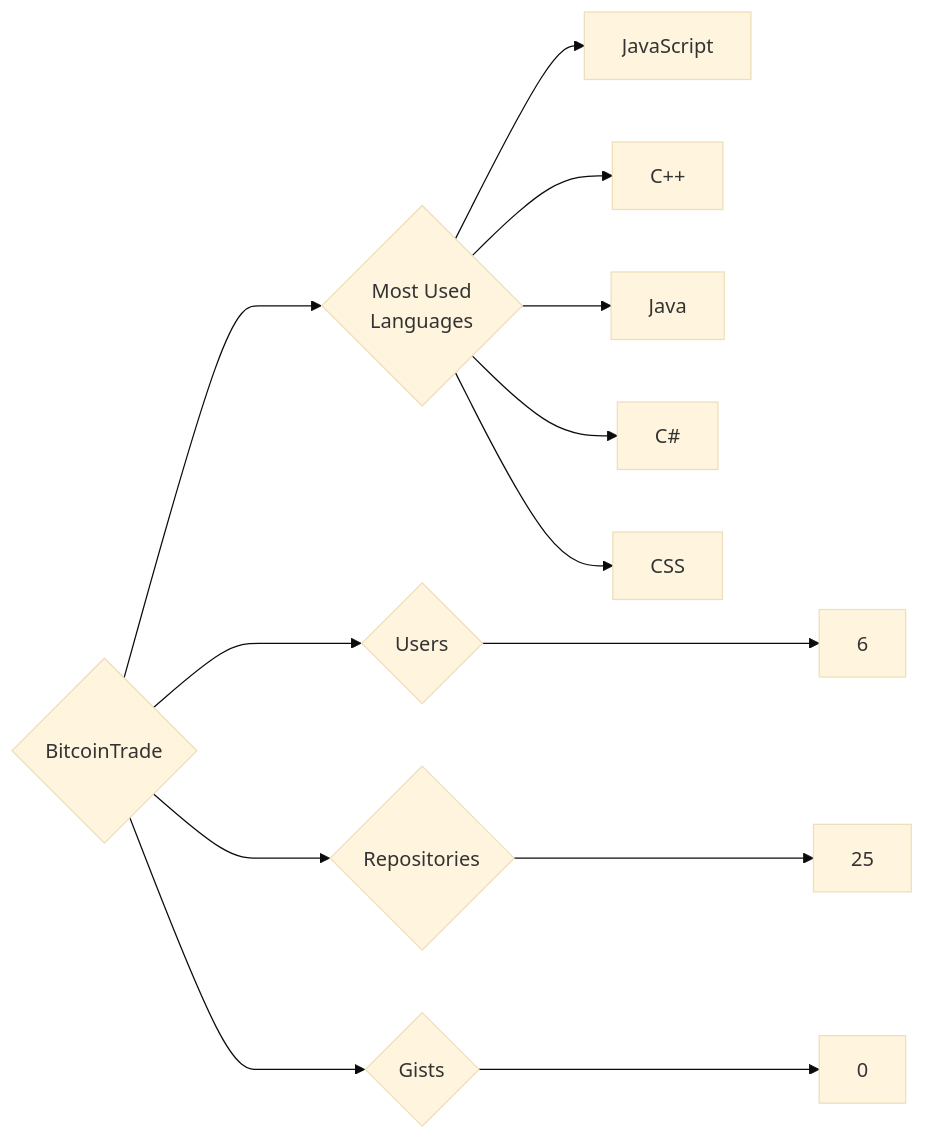
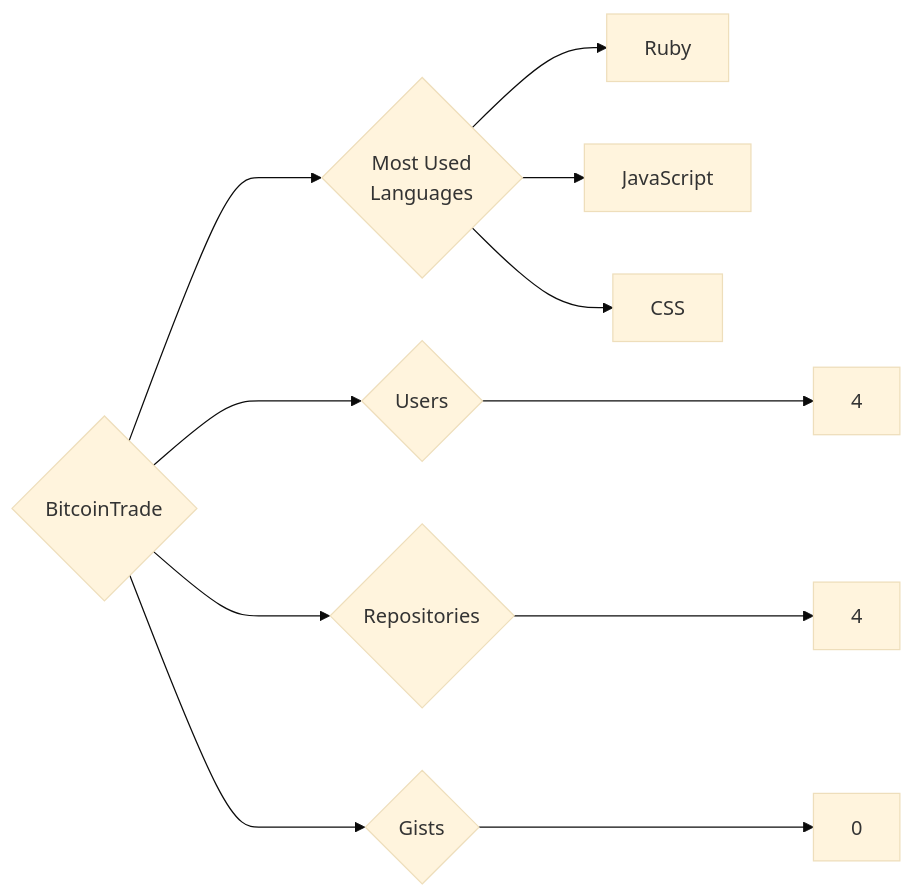
One commit to trickest/insiders changed the diagram in targets/BitcoinTrade/README.md. Above: the diagram before and after it, drawn with Mermaid (base theme). The commit also changed 833 other files, not shown here.

````diff
--- a/targets/BitcoinTrade/README.md
+++ b/targets/BitcoinTrade/README.md
@@ -3,13 +3,11 @@
 ```mermaid
 graph LR
 COMPANY_NAME{BitcoinTrade}
-COMPANY_NAME ---> U{Users} ---> UN[6]
-COMPANY_NAME ---> R{Repositories} ---> RN[25]
+COMPANY_NAME ---> U{Users} ---> UN[4]
+COMPANY_NAME ---> R{Repositories} ---> RN[4]
 COMPANY_NAME ---> G{Gists} ---> GN[0]
 COMPANY_NAME ---> ML{Most Used<br>Languages}
+ML --> Ruby[Ruby]
 ML --> JavaScript[JavaScript]
-ML --> C++[C++]
-ML --> Java[Java]
-ML --> C#[C#]
 ML --> CSS[CSS]
 ```
````
